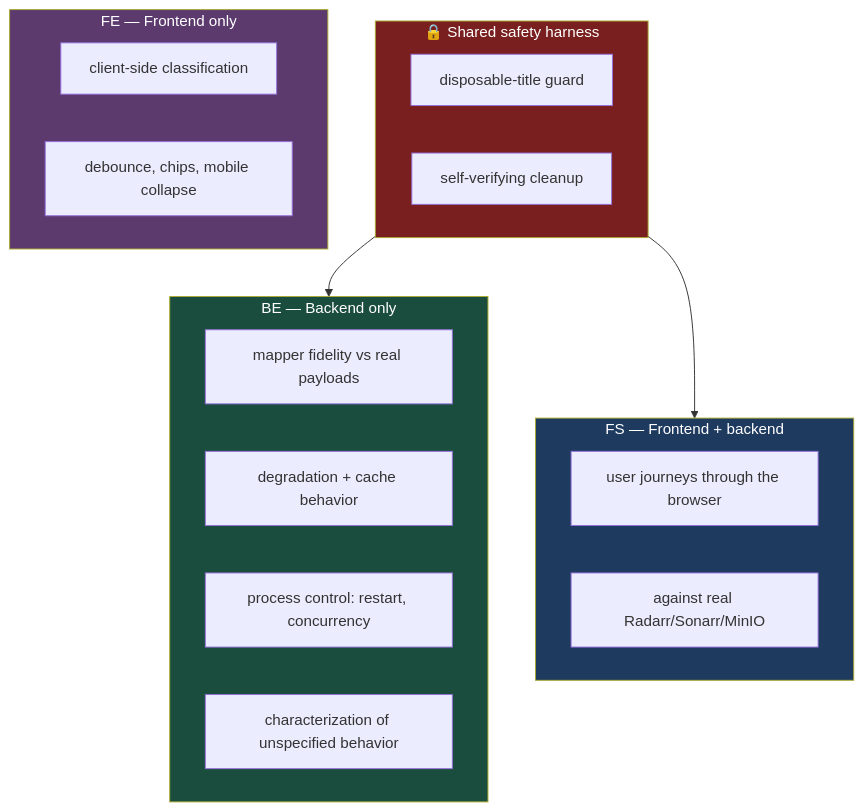
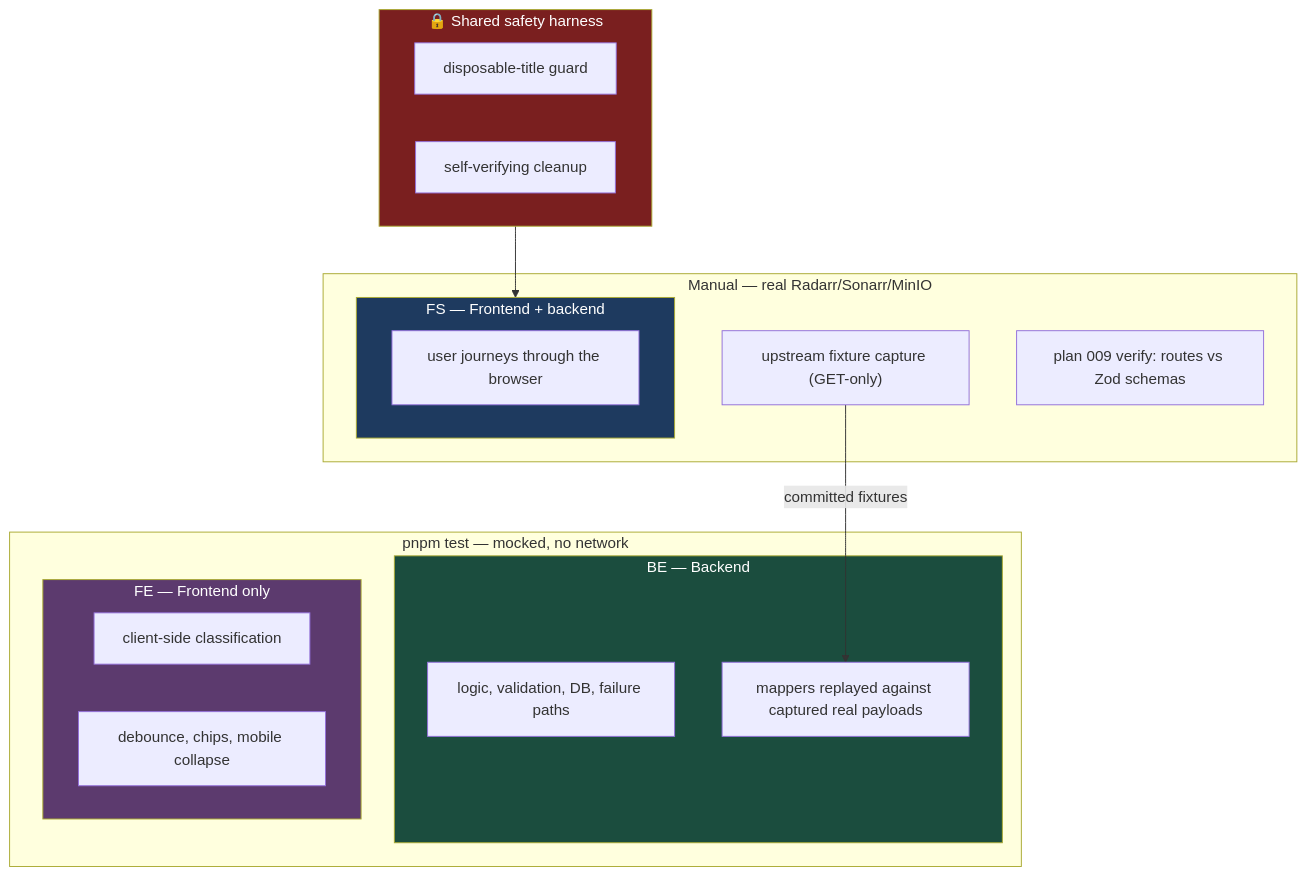
One commit to codemonkey800/lilnas changed the first of 3 diagrams in docs/features/download/plans/002-live-functional-tests.md. Above: the diagram before and after it, drawn with Mermaid. The commit also changed other lines of this file, not shown here.

First line of the commit message:
docs(download): revise plan 002 to drop the live Jest tier

````diff
--- a/docs/features/download/plans/002-live-functional-tests.md
+++ b/docs/features/download/plans/002-live-functional-tests.md
@@ -8,28 +8,31 @@
 ```mermaid
 graph TB
+  subgraph MOCKED["pnpm test — mocked, no network"]
+    subgraph BE["BE — Backend"]
+      U1["logic, validation, DB, failure paths"]
+      U2["mappers replayed against captured real payloads"]
+    end
+    subgraph FE["FE — Frontend only"]
+      E1["client-side classification"]
+      E2["debounce, chips, mobile collapse"]
+    end
+  end
+  subgraph REAL["Manual — real Radarr/Sonarr/MinIO"]
+    C["upstream fixture capture (GET-only)"]
+    V["plan 009 verify: routes vs Zod schemas"]
+    subgraph FS["FS — Frontend + backend"]
+      F1["user journeys through the browser"]
+    end
+  end
   subgraph SHARED["🔒 Shared safety harness"]
     G1["disposable-title guard"]
     G2["self-verifying cleanup"]
   end
-  subgraph BE["BE — Backend only"]
-    B1["mapper fidelity vs real payloads"]
-    B2["degradation + cache behavior"]
-    B3["process control: restart, concurrency"]
-    B4["characterization of unspecified behavior"]
-  end
-  subgraph FS["FS — Frontend + backend"]
-    F1["user journeys through the browser"]
-    F2["against real Radarr/Sonarr/MinIO"]
-  end
-  subgraph FE["FE — Frontend only"]
-    E1["client-side classification"]
-    E2["debounce, chips, mobile collapse"]
-  end
-  SHARED --> BE
+  C -- "committed fixtures" --> U2
   SHARED --> FS
 
   style SHARED fill:#7a1f1f,color:#fff
   style BE fill:#1b4d3e,color:#fff
   style FS fill:#1e3a5f,color:#fff
   style FE fill:#5c3a6e,color:#fff
 ```
````
